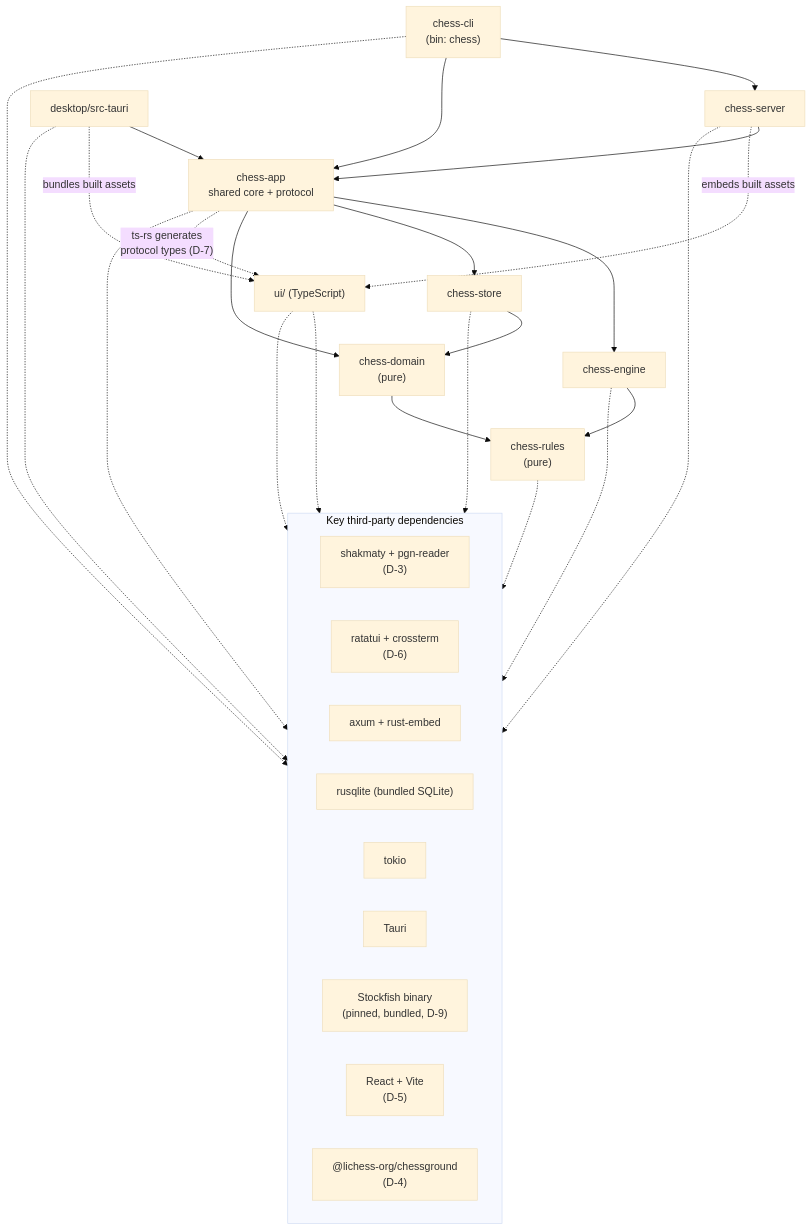
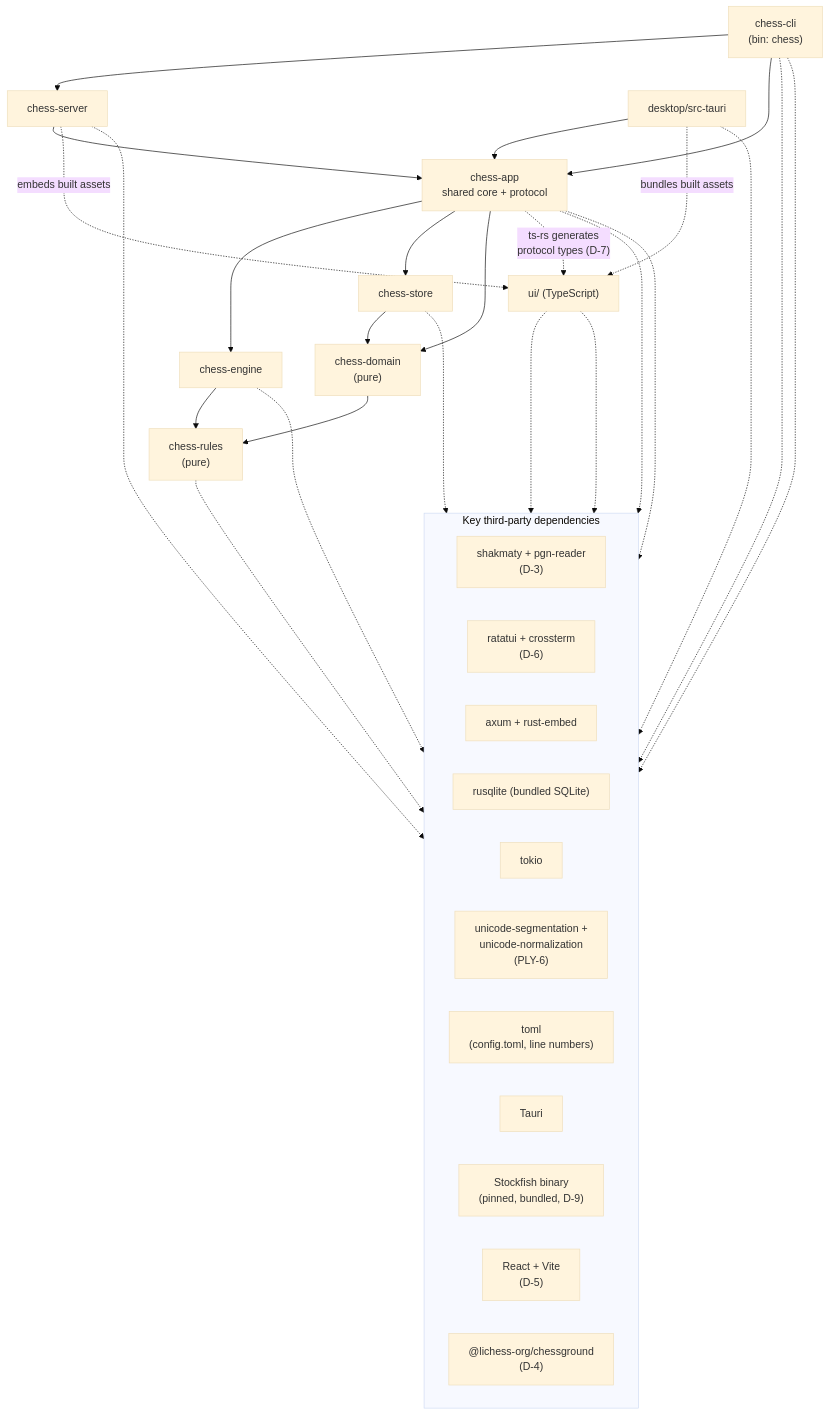
One commit to bprascher/chess changed the third of 14 diagrams in docs/architecture.md. Above: the diagram before and after it, drawn with Mermaid (base theme). The commit also changed other lines of this file and 3 other files, not shown here.

First line of the commit message:
Amend requirements and architecture (Amendments 2 and 3)

````diff
--- a/docs/architecture.md
+++ b/docs/architecture.md
@@ -186,50 +290,54 @@
 ```mermaid
 flowchart TD
     cli["chess-cli<br/>(bin: chess)"]
     server["chess-server"]
     tauri["desktop/src-tauri"]
     app["chess-app<br/>shared core + protocol"]
     engine["chess-engine"]
     store["chess-store"]
     domain["chess-domain<br/>(pure)"]
     rules["chess-rules<br/>(pure)"]
     ui["ui/ (TypeScript)"]
 
     cli --> server
     cli --> app
     server --> app
     tauri --> app
     app --> engine
     app --> store
     app --> domain
     engine --> rules
     store --> domain
     domain --> rules
 
     app -. "ts-rs generates<br/>protocol types (D-7)" .-> ui
     server -. "embeds built assets" .-> ui
     tauri -. "bundles built assets" .-> ui
 
     subgraph ext["Key third-party dependencies"]
         direction LR
         shak["shakmaty + pgn-reader<br/>(D-3)"]
         tui["ratatui + crossterm<br/>(D-6)"]
         axum["axum + rust-embed"]
         sql["rusqlite (bundled SQLite)"]
         tokio["tokio"]
+        uni["unicode-segmentation +<br/>unicode-normalization<br/>(PLY-6)"]
+        tomlLib["toml<br/>(config.toml, line numbers)"]
         tauriLib["Tauri"]
         sfbin["Stockfish binary<br/>(pinned, bundled, D-9)"]
         react["React + Vite<br/>(D-5)"]
         cgLib["@lichess-org/chessground<br/>(D-4)"]
     end
 
     rules -.-> shak
     cli -.-> tui
     server -.-> axum
     store -.-> sql
     app -.-> tokio
+    app -.-> uni
+    cli -.-> tomlLib
     tauri -.-> tauriLib
     engine -.-> sfbin
     ui -.-> react
     ui -.-> cgLib
 ```
````
